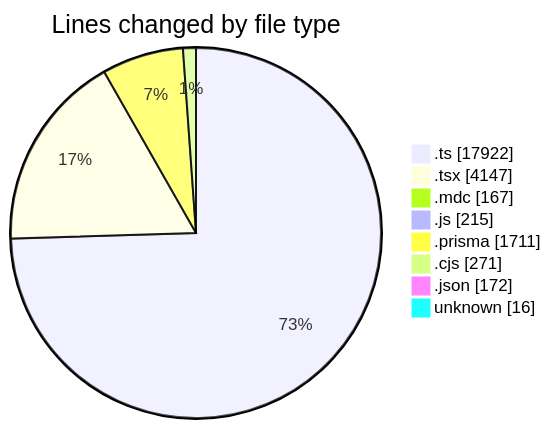
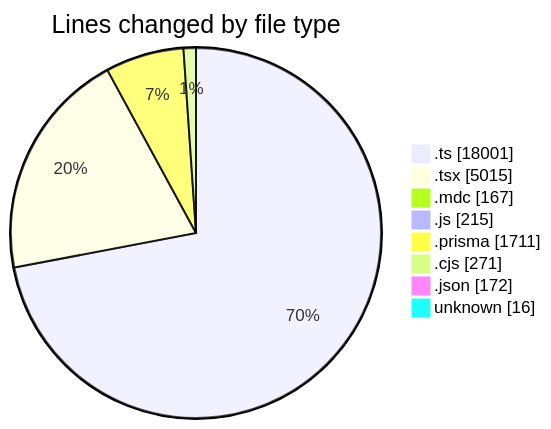
Before and after one commit to CELIANVF/code-tracking: the first of 2 diagrams in 2025-06-06/ecodeli-1/README.md, drawn with Mermaid. The commit also changed other lines of this file and 1 other file, not shown here.

````diff
--- a/2025-06-06/ecodeli-1/README.md
+++ b/2025-06-06/ecodeli-1/README.md
@@ -90,12 +91,12 @@
 ```mermaid
 pie showData
 title Lines changed by file type
-".ts" : 17922
-".tsx" : 4147
+".ts" : 18001
+".tsx" : 5015
 ".mdc" : 167
 ".js" : 215
 ".prisma" : 1711
 ".cjs" : 271
 ".json" : 172
 "unknown" : 16
 ```
````
